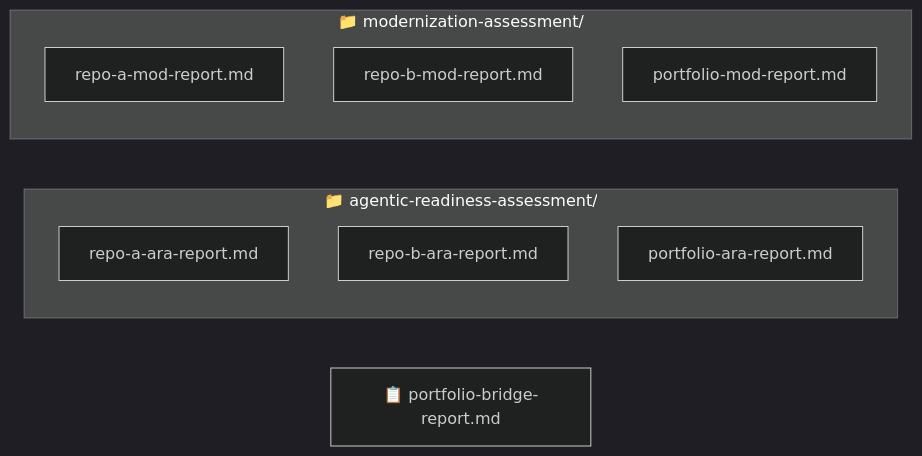
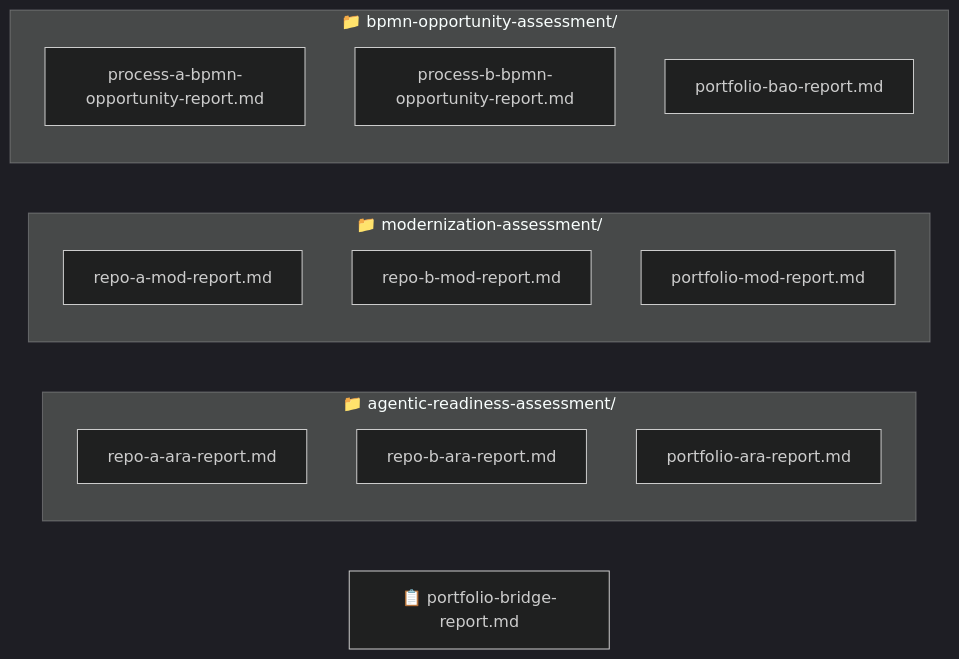
The fourth of 4 diagrams in README.md (aws-samples/sample-agentic-readiness-analysis-orchestrator), drawn with Mermaid (dark theme) before and after one commit. The commit also changed other lines of this file and 68 other files, not shown here.

Commit message:
feat: add BPMN agentic opportunity assessment TD, analyzer, and orchestrator integration

````diff
--- a/README.md
+++ b/README.md
@@ -114,16 +122,22 @@
 ```mermaid
 flowchart LR
     subgraph ARA [📁 agentic-readiness-assessment/]
         AR1[repo-a-ara-report.md]
         AR2[repo-b-ara-report.md]
         AR3[portfolio-ara-report.md]
     end
 
     subgraph MOD [📁 modernization-assessment/]
         MR1[repo-a-mod-report.md]
         MR2[repo-b-mod-report.md]
         MR3[portfolio-mod-report.md]
     end
 
+    subgraph BPMN [📁 bpmn-opportunity-assessment/]
+        BR1[process-a-bpmn-opportunity-report.md]
+        BR2[process-b-bpmn-opportunity-report.md]
+        BR3[portfolio-bao-report.md]
+    end
+
     BRIDGE[📋 portfolio-bridge-report.md]
 ```
````
